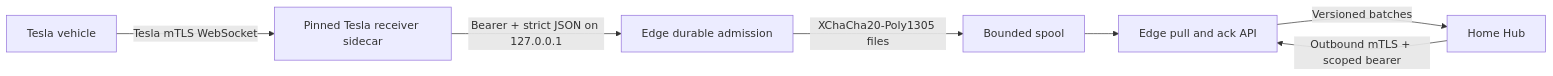
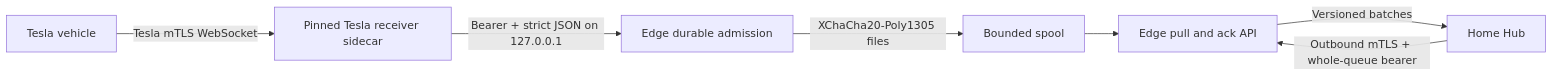
One commit to magrathean-uk/teslatlas-edge changed the diagram in docs/architecture.md. Above: the diagram before and after it, drawn with Mermaid. The commit also changed 8 other files, not shown here.

````diff
--- a/docs/architecture.md
+++ b/docs/architecture.md
@@ -9,9 +9,9 @@
 ```mermaid
 flowchart LR
     V[Tesla vehicle] -->|Tesla mTLS WebSocket| R[Pinned Tesla receiver sidecar]
     R -->|Bearer + strict JSON on 127.0.0.1| A[Edge durable admission]
     A -->|XChaCha20-Poly1305 files| S[Bounded spool]
-    H[Home Hub] -->|Outbound mTLS + scoped bearer| D[Edge pull and ack API]
+    H[Home Hub] -->|Outbound mTLS + whole-queue bearer| D[Edge pull and ack API]
     S --> D
     D -->|Versioned batches| H
 ```
````
